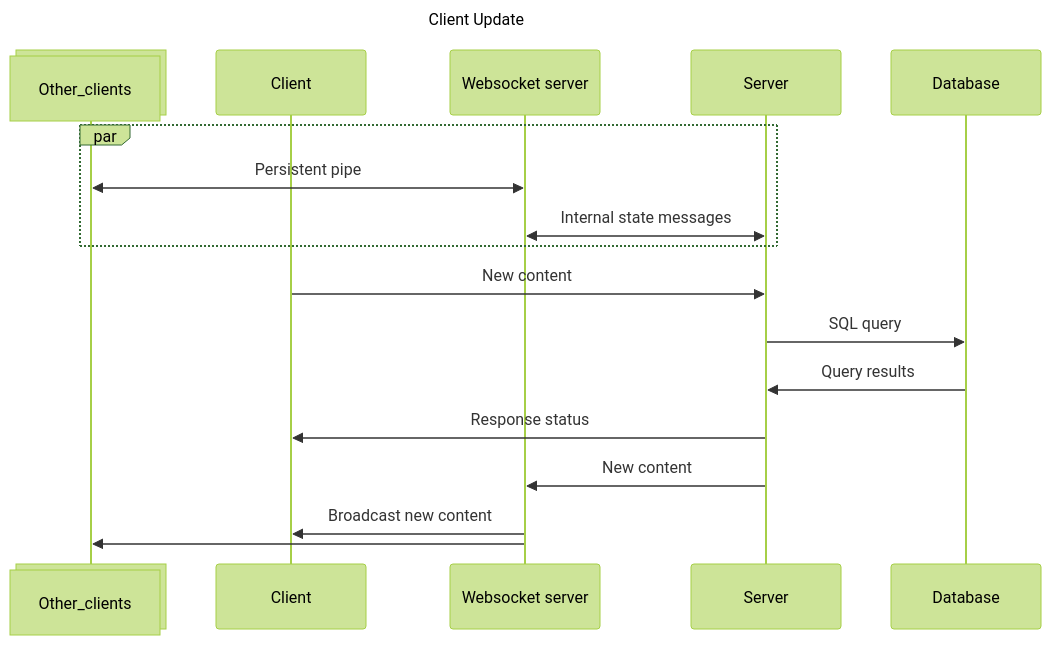
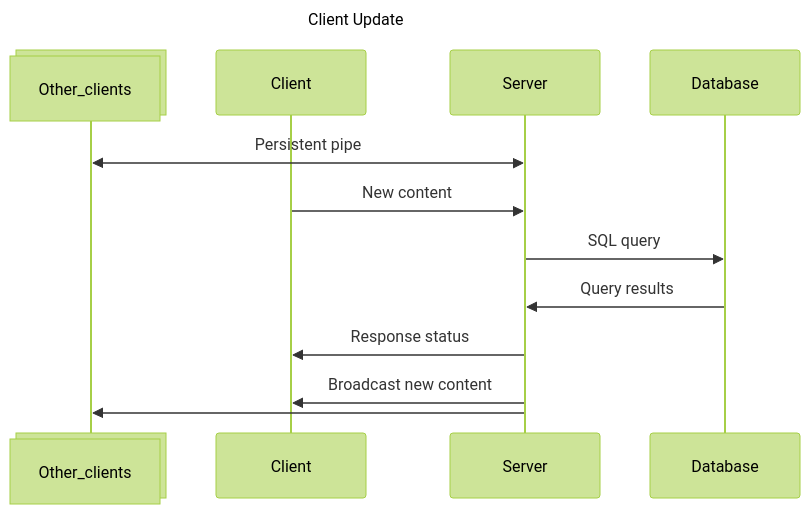
One commit to Tasktix/Tasktix changed the third of 3 diagrams in docs/architecture.md. Above: the diagram before and after it, drawn with Mermaid (forest theme). The commit also changed other lines of this file, not shown here.

Commit message:
Update architecture diagrams

````diff
--- a/docs/architecture.md
+++ b/docs/architecture.md
@@ -78,25 +70,20 @@
 ```mermaid
 ---
 title: Client Update
 ---
 sequenceDiagram
   participant Other_clients@{type: collections}
   participant c as Client
-  participant w as Websocket server
   participant s as Server
   participant d as Database
 
-  par
-    w<<->>Other_clients: Persistent pipe
-    w<<->>s: Internal state messages
-  end
+  s<<->>Other_clients: Persistent pipe
 
   c->>s: New content
   s->>d: SQL query
   d->>s: Query results
   s->>c: Response status
-  s->>w: New content
 
-  w->>c: Broadcast new content
-  w->>Other_clients:
+  s->>c: Broadcast new content
+  s->>Other_clients:
 ```
````
